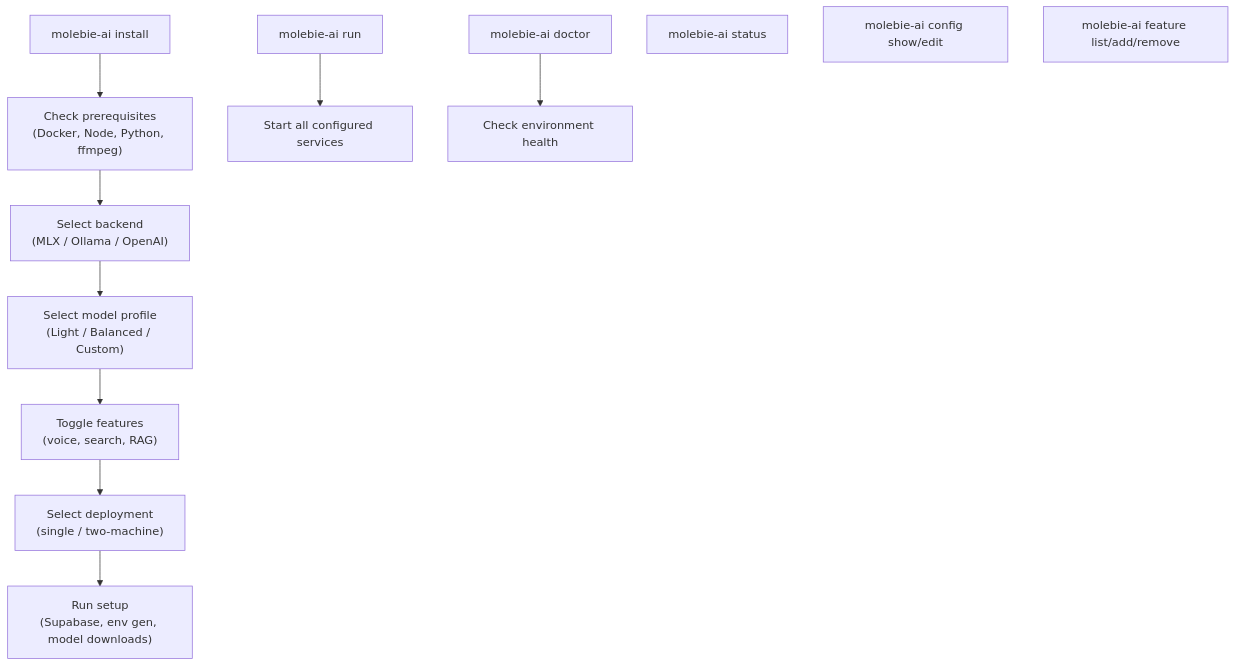
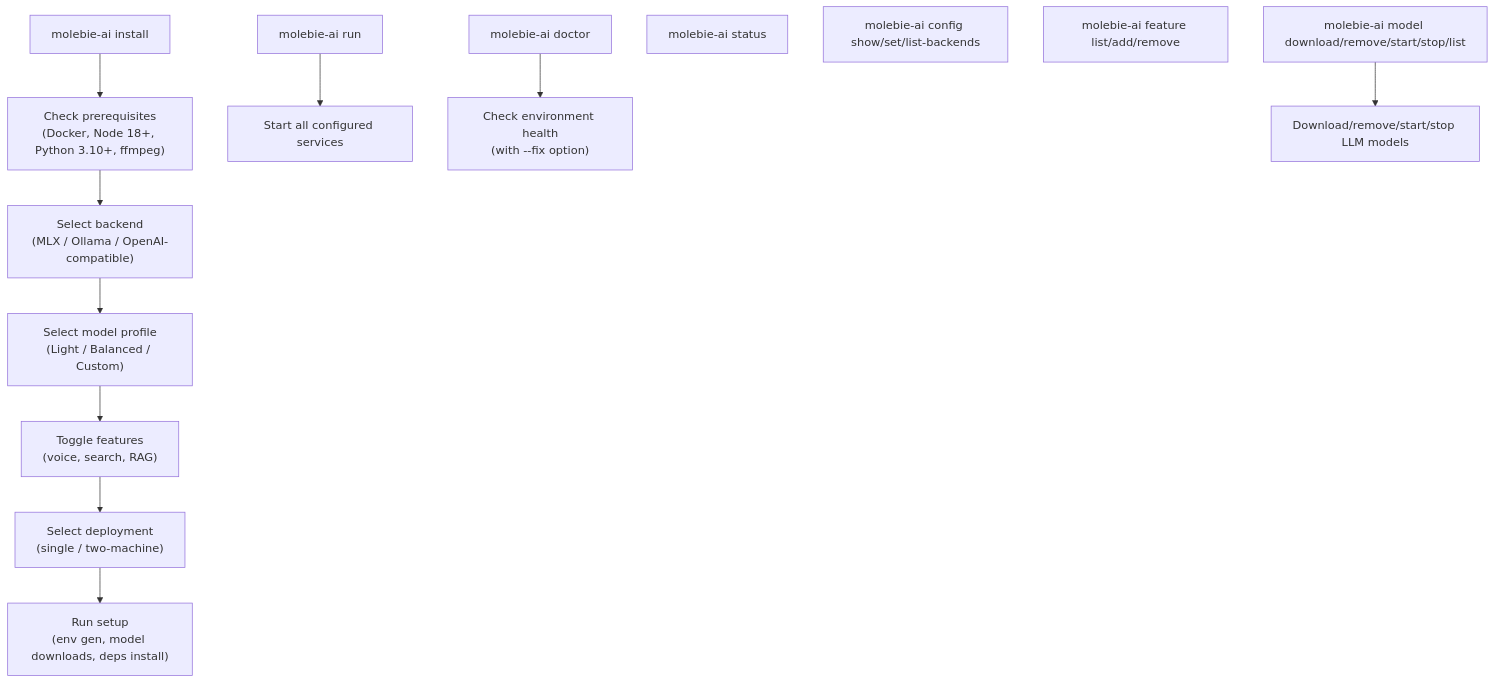
Diagram 11 of 12 in full_system_architecture_map_730d3d3f.plan.md (Jimmy6929/Molebie_AI), drawn with Mermaid before and after one commit. The commit also changed other lines of this file, not shown here.

First line of the commit message:
Replace Supabase with SQLite & add memories

````diff
--- a/full_system_architecture_map_730d3d3f.plan.md
+++ b/full_system_architecture_map_730d3d3f.plan.md
@@ -538,19 +623,21 @@
 ```mermaid
 flowchart TD
     Install["molebie-ai install"]
     Run["molebie-ai run"]
     Doctor["molebie-ai doctor"]
     Status["molebie-ai status"]
-    Config["molebie-ai config show/edit"]
+    Config["molebie-ai config show/set/list-backends"]
     Feature["molebie-ai feature list/add/remove"]
+    Model["molebie-ai model download/remove/start/stop/list"]
 
-    Install --> Prereqs["Check prerequisites\n(Docker, Node, Python, ffmpeg)"]
-    Prereqs --> Backend["Select backend\n(MLX / Ollama / OpenAI)"]
+    Install --> Prereqs["Check prerequisites\n(Docker, Node 18+, Python 3.10+, ffmpeg)"]
+    Prereqs --> Backend["Select backend\n(MLX / Ollama / OpenAI-compatible)"]
     Backend --> Models["Select model profile\n(Light / Balanced / Custom)"]
     Models --> Features["Toggle features\n(voice, search, RAG)"]
     Features --> Deploy["Select deployment\n(single / two-machine)"]
-    Deploy --> Setup["Run setup\n(Supabase, env gen, model downloads)"]
+    Deploy --> Setup["Run setup\n(env gen, model downloads, deps install)"]
 
     Run --> Start["Start all configured services"]
-    Doctor --> Diagnose["Check environment health"]
+    Doctor --> Diagnose["Check environment health\n(with --fix option)"]
+    Model --> ModelMgmt["Download/remove/start/stop LLM models"]
 ```
````
